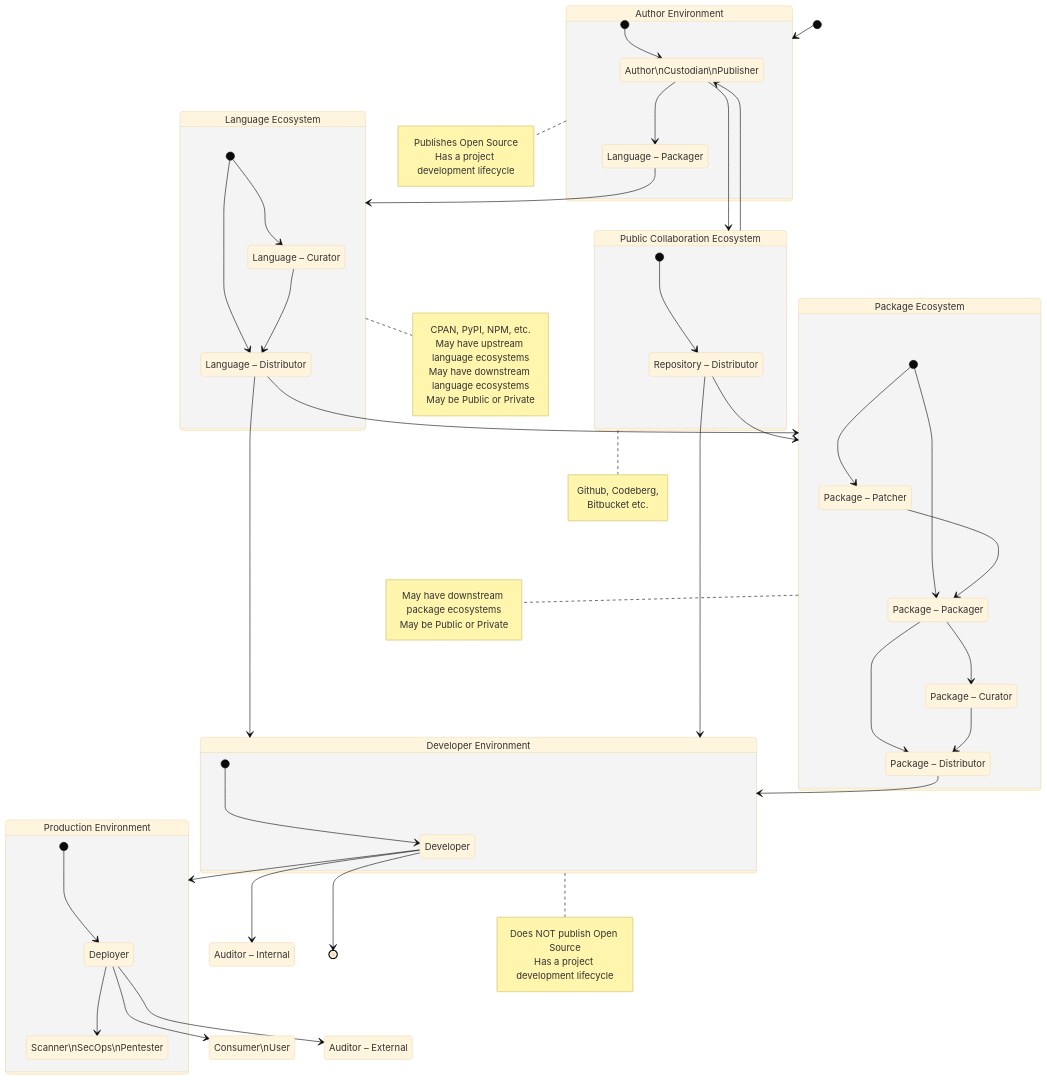
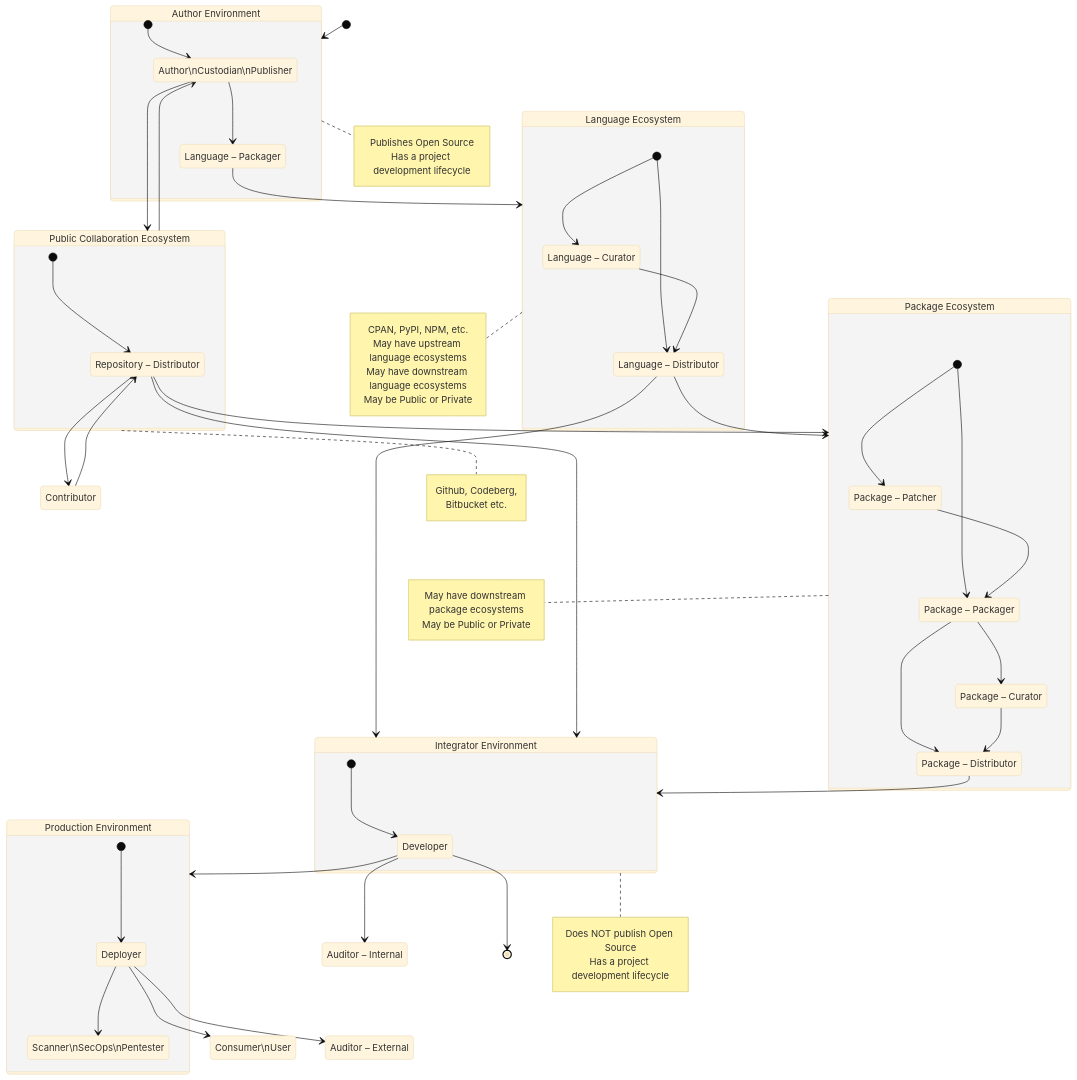
The diagram in sbom/README.md (CPAN-Security/security.metacpan.org), drawn with Mermaid (base theme) before and after one commit. The commit also changed other lines of this file, not shown here.

Commit message:
Add contributor, and use the term 'Integrator'

````diff
--- a/sbom/README.md
+++ b/sbom/README.md
@@ -28,7 +28,10 @@
 ```mermaid
 stateDiagram-v2
+    accTitle: An idealized Open Source supply chain
+
     state "Author\nCustodian\nPublisher" as author
     state "Repository – Distributor" as repository_distributor
+    state "Contributor" as contributor
     state "Language – Packager" as language_packager
     state "Language – Curator" as language_curator
     state "Language – Distributor" as language_distributor
@@ -42,6 +45,9 @@
     state "Consumer\nUser" as consumer
     state "Auditor – Internal" as auditor_internal
     state "Auditor – External" as auditor_external
+
+    classDef createsSBOM fill:orange;
+    classDef updatesSBOM fill:yellow;
 
     [*] --> ecosystem_author
 
@@ -65,7 +71,7 @@
         language_curator --> language_distributor
     }
 
-    language_distributor --> ecosystem_developer
+    language_distributor --> ecosystem_integrator
     language_distributor --> ecosystem_package
 
     note right of ecosystem_lang
@@ -79,8 +85,11 @@
         [*] --> repository_distributor
     }
 
+    repository_distributor --> contributor
+    contributor --> repository_distributor
+
     repository_distributor --> ecosystem_package
-    repository_distributor --> ecosystem_developer
+    repository_distributor --> ecosystem_integrator
 
     note right of ecosystem_repo
         Github, Codeberg,
@@ -101,13 +110,13 @@
         May be Public or Private
     end note
 
-    package_distributor --> ecosystem_developer
+    package_distributor --> ecosystem_integrator
 
-    state "Developer Environment" as ecosystem_developer {
+    state "Integrator Environment" as ecosystem_integrator {
         [*] --> developer
     }
 
-    note right of ecosystem_developer
+    note right of ecosystem_integrator
         Does NOT publish Open Source
         Has a project development lifecycle
     end note
````
